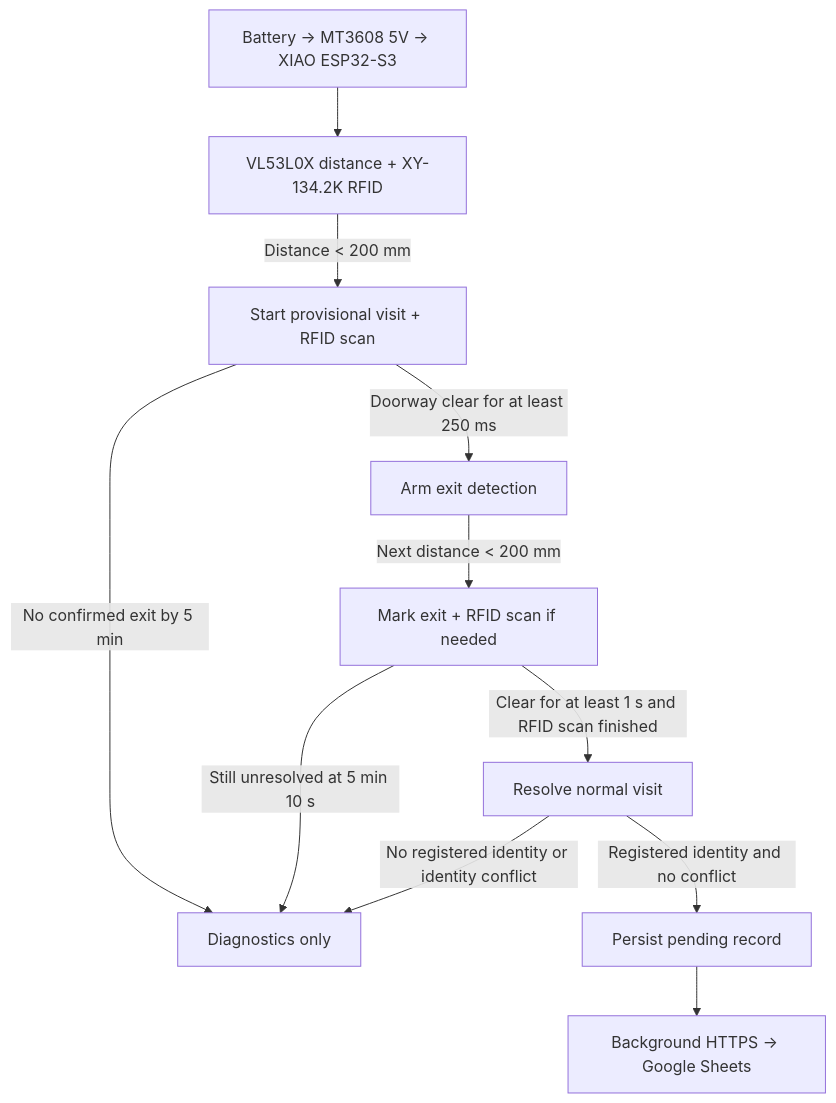
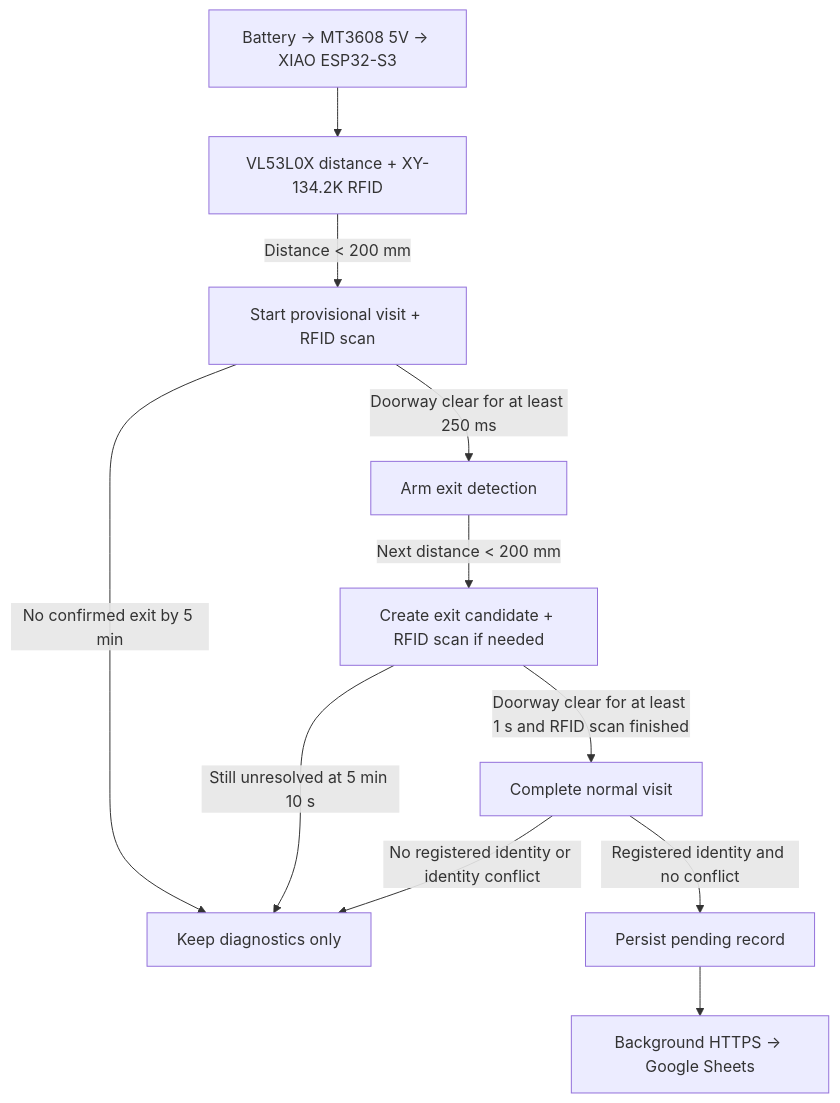
One commit to ziv50109/smart-litter-cabinet changed the diagram in README.md. Above: the diagram before and after it, drawn with Mermaid. The commit also changed other lines of this file and 5 other files, not shown here.

````diff
--- a/README.md
+++ b/README.md
@@ -11,13 +11,13 @@
 ```mermaid
 flowchart TD
     Power[Battery → MT3608 5V → XIAO ESP32-S3] --> Sensors[VL53L0X distance + XY-134.2K RFID]
     Sensors -->|Distance < 200 mm| Entry[Start provisional visit + RFID scan]
     Entry -->|Doorway clear for at least 250 ms| Armed[Arm exit detection]
-    Armed -->|Next distance < 200 mm| Exit[Mark exit + RFID scan if needed]
-    Exit -->|Clear for at least 1 s and RFID scan finished| Resolve[Resolve normal visit]
-    Entry -->|No confirmed exit by 5 min| Diagnostic[Diagnostics only]
+    Armed -->|Next distance < 200 mm| Exit[Create exit candidate + RFID scan if needed]
+    Exit -->|Doorway clear for at least 1 s and RFID scan finished| Resolve[Complete normal visit]
+    Entry -->|No confirmed exit by 5 min| Diagnostic[Keep diagnostics only]
     Exit -->|Still unresolved at 5 min 10 s| Diagnostic
     Resolve -->|Registered identity and no conflict| Queue[Persist pending record]
     Resolve -->|No registered identity or identity conflict| Diagnostic
     Queue --> Sheets[Background HTTPS → Google Sheets]
 ```
````
